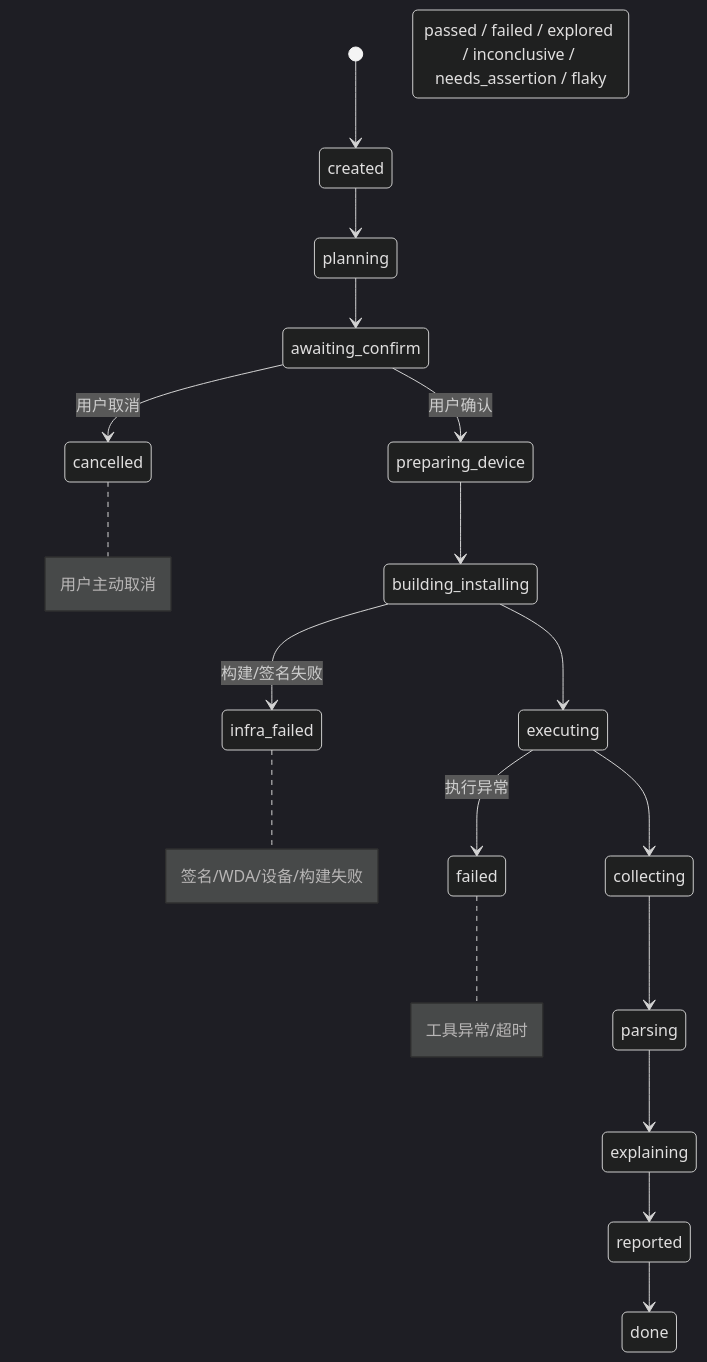
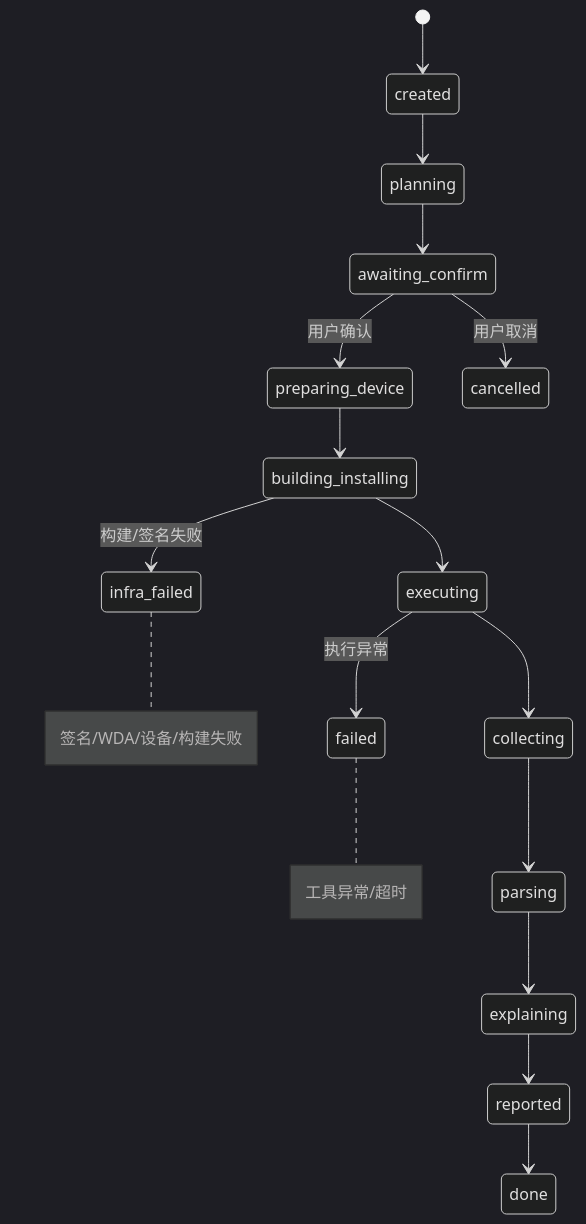
The fourth of 4 diagrams in docs/02-architecture/架构设计文档.md (logan-suu/iTestAgent), drawn with Mermaid (dark theme) before and after one commit. The commit also changed other lines of this file, not shown here.

First line of the commit message:
refactor: 架构设计文档替换为最终合并版本，保留 Mermaid 图

````diff
--- a/docs/02-architecture/架构设计文档.md
+++ b/docs/02-architecture/架构设计文档.md
@@ -329,23 +491,20 @@
 ```mermaid
 stateDiagram-v2
     [*] --> created
     created --> planning
     planning --> awaiting_confirm
     awaiting_confirm --> preparing_device: 用户确认
     awaiting_confirm --> cancelled: 用户取消
     preparing_device --> building_installing
     building_installing --> executing
     building_installing --> infra_failed: 构建/签名失败
     executing --> collecting
     executing --> failed: 执行异常
     collecting --> parsing
     parsing --> explaining
     explaining --> reported
     reported --> done
 
     note right of infra_failed: 签名/WDA/设备/构建失败
     note right of failed: 工具异常/超时
-    note right of cancelled: 用户主动取消
-
-    case_status: passed / failed / explored / inconclusive / needs_assertion / flaky
 ```
````
